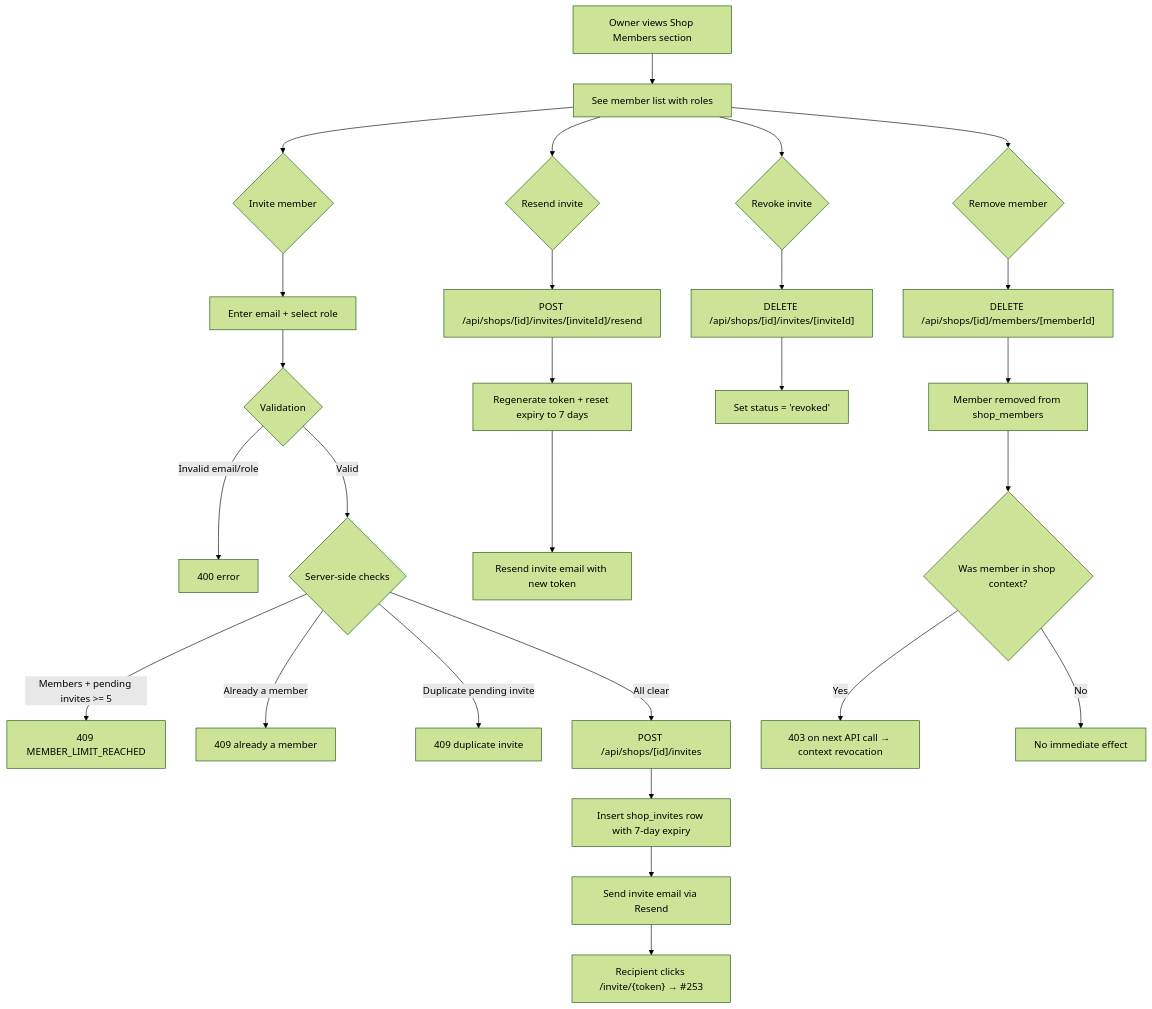
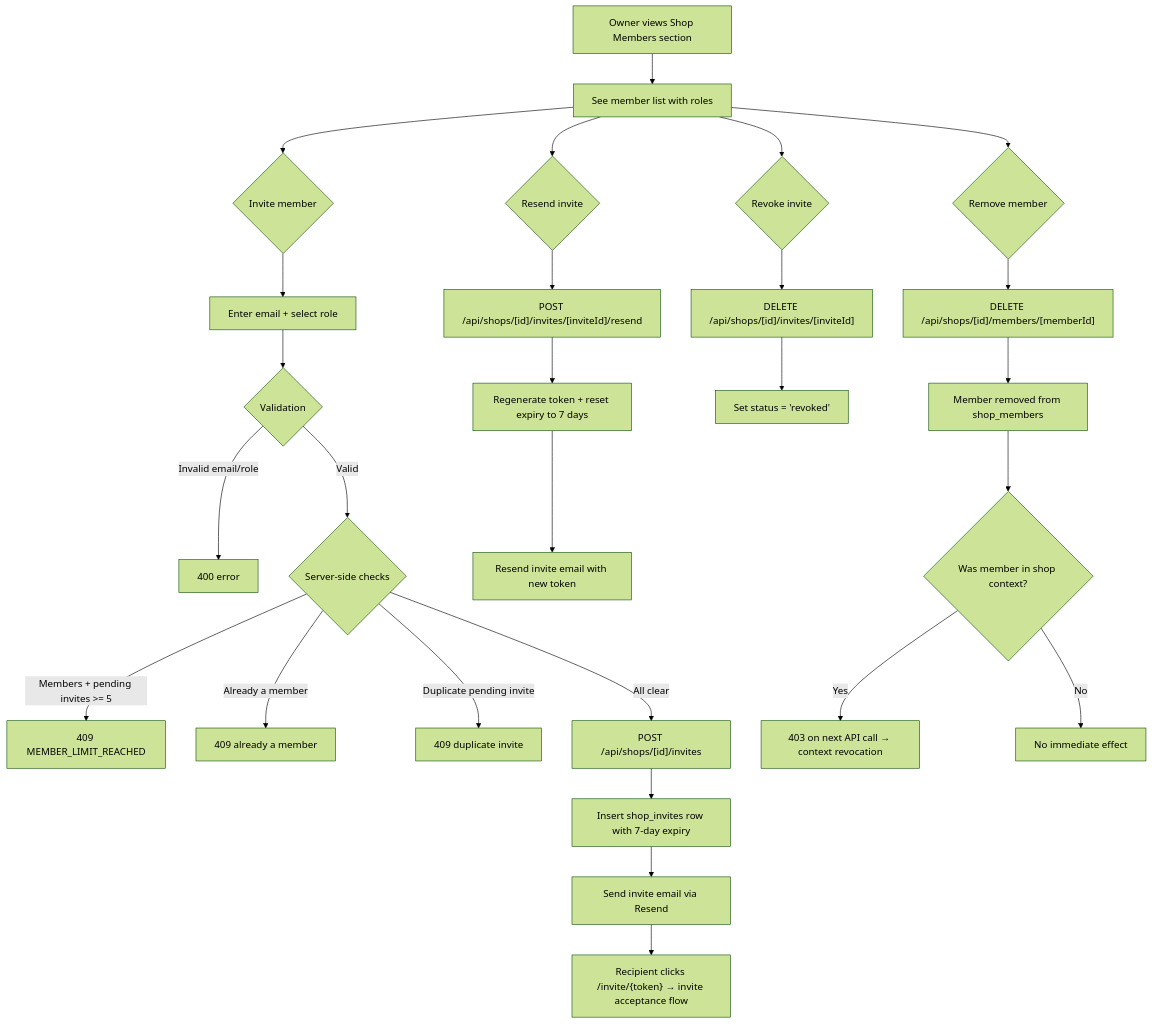
Before and after one commit to Nessi-Fishing-Supply/nessi-web-app: the third of 4 diagrams in docs/diagrams/journeys/shop-owner.md, drawn with Mermaid (forest theme). The commit also changed 1 other file, not shown here.

Commit message:
docs: #253 update journey diagrams for invite acceptance flow
- shop-member.md: replace direct-add pattern with full email invite
  acceptance flow (/invite/[token], auth gate, validation, dual caps)
- shop-member.md: split into separate 'Invite Acceptance Flow' and
  'Shop Member Journey' diagrams for clarity
- shop-owner.md: resolve #253 placeholder in invite flow diagram

````diff
--- a/docs/diagrams/journeys/shop-owner.md
+++ b/docs/diagrams/journeys/shop-owner.md
@@ -79,33 +79,33 @@
 ```mermaid
 flowchart TD
     A[Owner views Shop Members section] --> B[See member list with roles]
 
     B --> C{Invite member}
     C --> D[Enter email + select role]
     D --> E{Validation}
     E -->|Invalid email/role| F[400 error]
     E -->|Valid| G{Server-side checks}
     G -->|"Members + pending invites >= 5"| H["409 MEMBER_LIMIT_REACHED"]
     G -->|Already a member| I[409 already a member]
     G -->|Duplicate pending invite| J[409 duplicate invite]
     G -->|All clear| K["POST /api/shops/[id]/invites"]
     K --> L[Insert shop_invites row with 7-day expiry]
     L --> M[Send invite email via Resend]
-    M --> N["Recipient clicks /invite/{token} → #253"]
+    M --> N["Recipient clicks /invite/{token} → invite acceptance flow"]
 
     B --> O{Resend invite}
     O --> P["POST /api/shops/[id]/invites/[inviteId]/resend"]
     P --> Q[Regenerate token + reset expiry to 7 days]
     Q --> R[Resend invite email with new token]
 
     B --> S{Revoke invite}
     S --> T["DELETE /api/shops/[id]/invites/[inviteId]"]
     T --> U["Set status = 'revoked'"]
 
     B --> V{Remove member}
     V --> W["DELETE /api/shops/[id]/members/[memberId]"]
     W --> X[Member removed from shop_members]
     X --> Y{Was member in shop context?}
     Y -->|Yes| Z["403 on next API call → context revocation"]
     Y -->|No| AA[No immediate effect]
 ```
````
